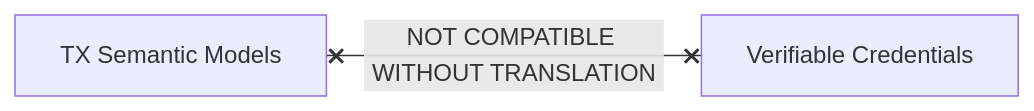
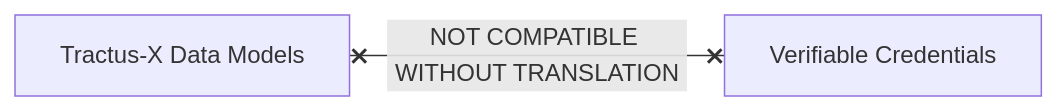
Before and after one commit to eclipse-tractusx/eclipse-tractusx.github.io: the second of 4 diagrams in docs-kits/kits/data-trust-and-security-kit/software-development-view/semantic-verification.md, drawn with Mermaid. The commit also changed other lines of this file and 8 other files, not shown here.

`````diff
--- a/docs-kits/kits/data-trust-and-security-kit/software-development-view/semantic-verification.md
+++ b/docs-kits/kits/data-trust-and-security-kit/software-development-view/semantic-verification.md
@@ -50,4 +47,4 @@
 ```mermaid
 flowchart LR
-    SM["TX Semantic Models"] x--NOT COMPATIBLE WITHOUT TRANSLATION --x VC["Verifiable Credentials"]
-````
+    SM["Tractus-X Data Models"] x--NOT COMPATIBLE WITHOUT TRANSLATION --x VC["Verifiable Credentials"]
+```
`````
